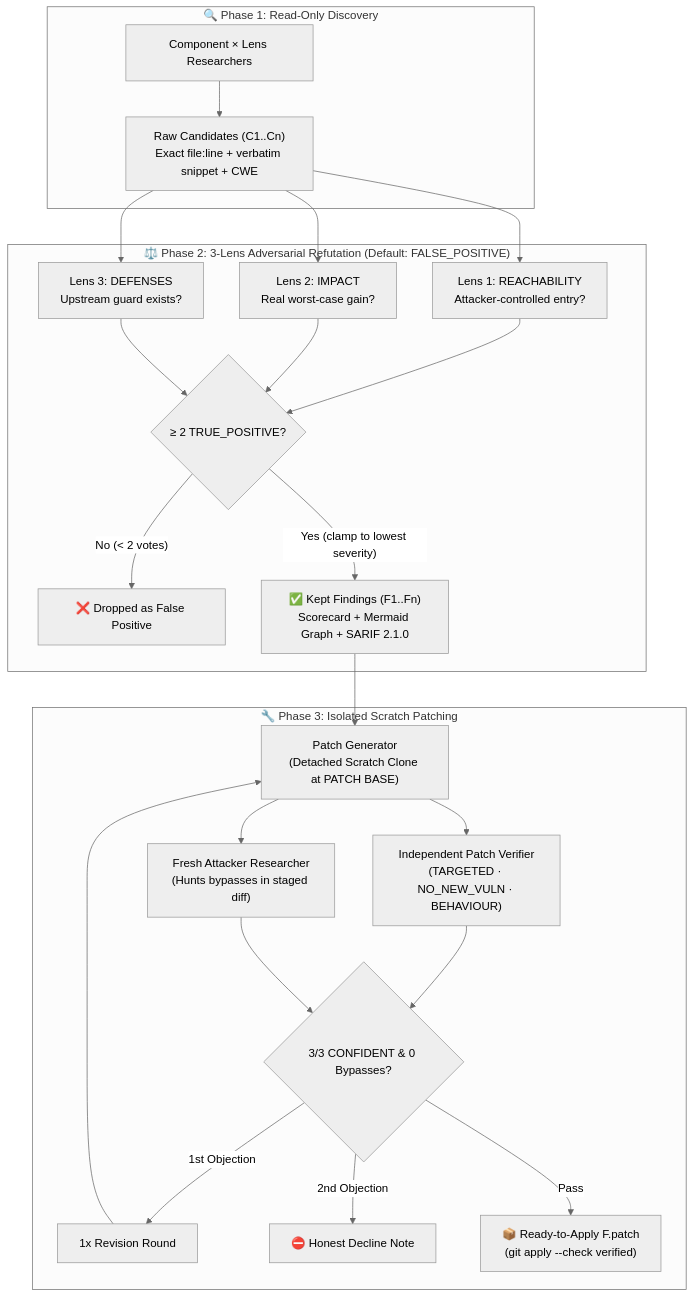
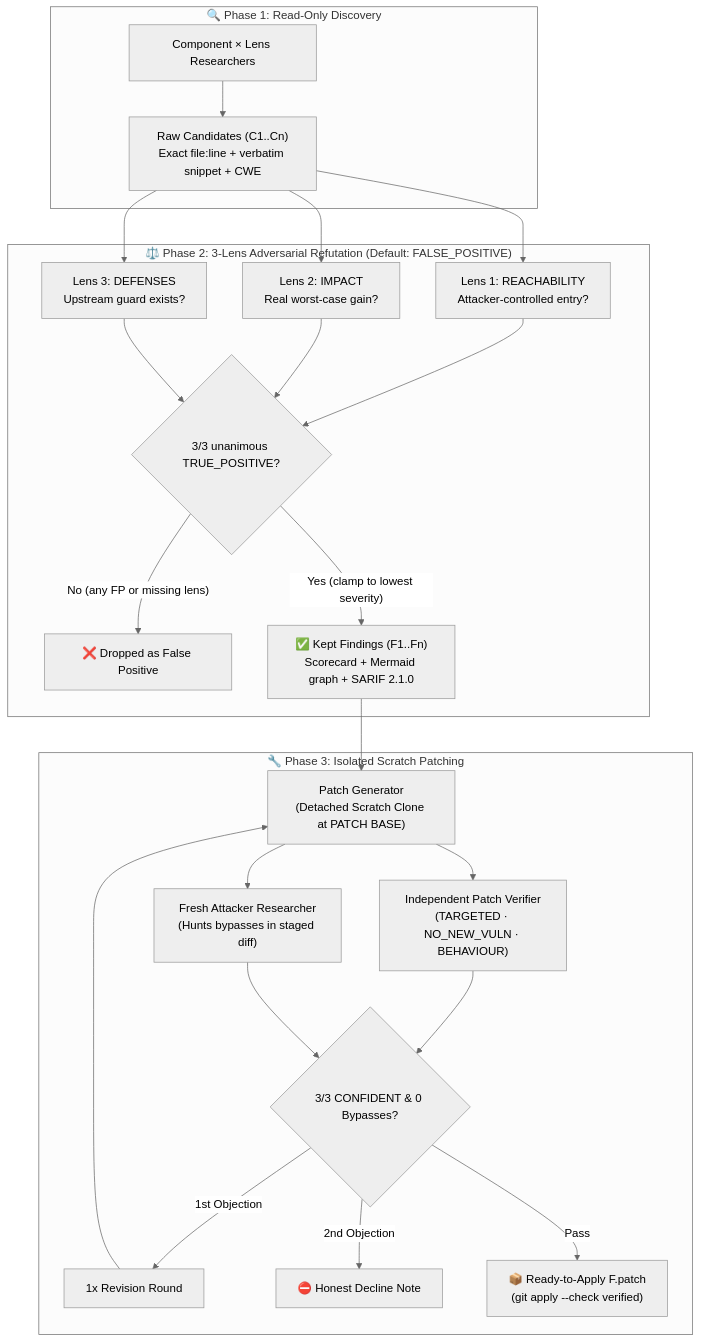
The diagram in README.md (shirokun20/kuron-security), drawn with Mermaid (neutral theme) before and after one commit. The commit also changed other lines of this file and 52 other files, not shown here.

````diff
--- a/README.md
+++ b/README.md
@@ -98,25 +106,25 @@
 ```mermaid
 flowchart TD
     subgraph Phase1["🔍 Phase 1: Read-Only Discovery"]
         R1["Component × Lens Researchers"] --> C["Raw Candidates (C1..Cn)<br/>Exact file:line + verbatim snippet + CWE"]
     end
 
     subgraph Phase2["⚖️ Phase 2: 3-Lens Adversarial Refutation (Default: FALSE_POSITIVE)"]
         C --> L1["Lens 1: REACHABILITY<br/>Attacker-controlled entry?"]
         C --> L2["Lens 2: IMPACT<br/>Real worst-case gain?"]
         C --> L3["Lens 3: DEFENSES<br/>Upstream guard exists?"]
-        L1 & L2 & L3 --> Gate{"≥ 2 TRUE_POSITIVE?"}
-        Gate -->|"No (< 2 votes)"| Drop["❌ Dropped as False Positive"]
-        Gate -->|"Yes (clamp to lowest severity)"| Kept["✅ Kept Findings (F1..Fn)<br/>Scorecard + Mermaid Graph + SARIF 2.1.0"]
+        L1 & L2 & L3 --> Gate{"3/3 unanimous TRUE_POSITIVE?"}
+        Gate -->|"No (any FP or missing lens)"| Drop["❌ Dropped as False Positive"]
+        Gate -->|"Yes (clamp to lowest severity)"| Kept["✅ Kept Findings (F1..Fn)<br/>Scorecard + Mermaid graph + SARIF 2.1.0"]
     end
 
     subgraph Phase3["🔧 Phase 3: Isolated Scratch Patching"]
         Kept --> Gen["Patch Generator<br/>(Detached Scratch Clone at PATCH BASE)"]
         Gen --> Ver["Independent Patch Verifier<br/>(TARGETED · NO_NEW_VULN · BEHAVIOUR)"]
         Gen --> Atk["Fresh Attacker Researcher<br/>(Hunts bypasses in staged diff)"]
         Ver & Atk --> PGate{"3/3 CONFIDENT & 0 Bypasses?"}
         PGate -->|"1st Objection"| Rev["1x Revision Round"] --> Gen
         PGate -->|"2nd Objection"| Dec["⛔ Honest Decline Note"]
         PGate -->|"Pass"| Patch["📦 Ready-to-Apply F<n>.patch<br/>(git apply --check verified)"]
     end
 ```
````
